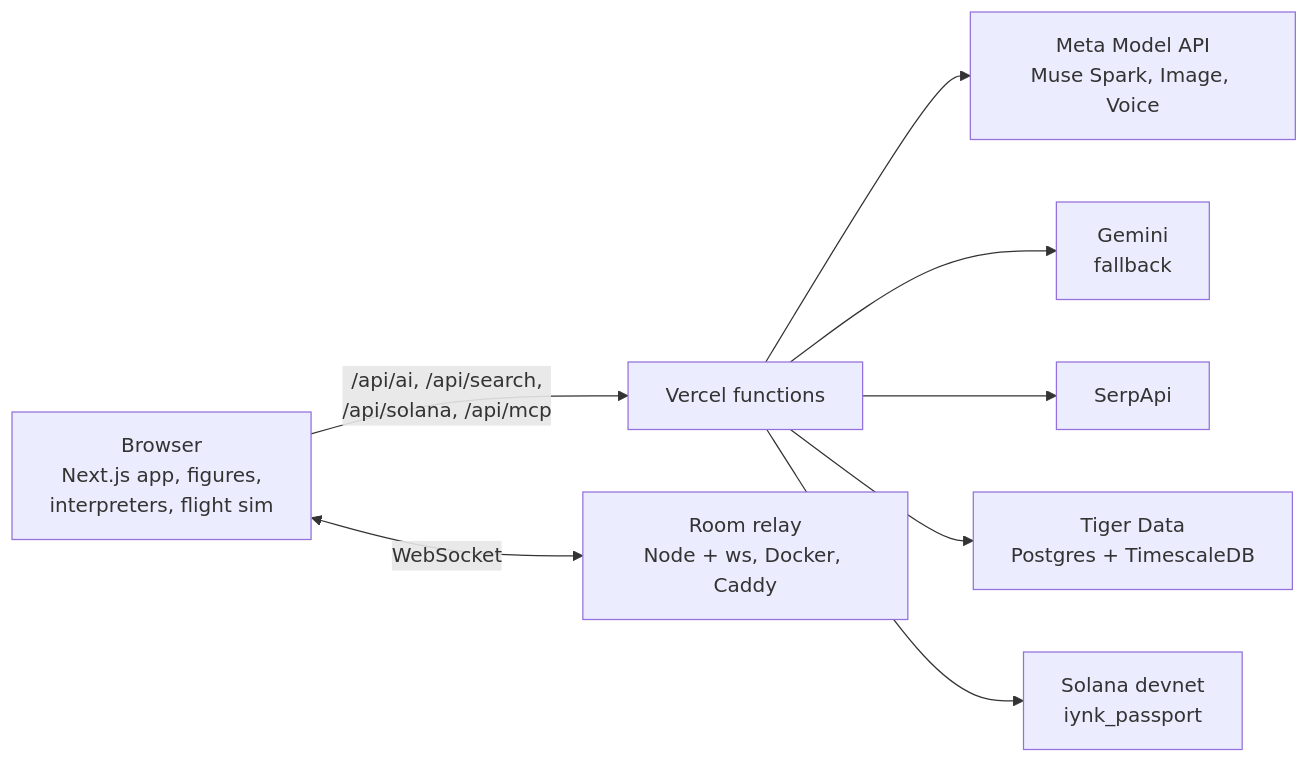
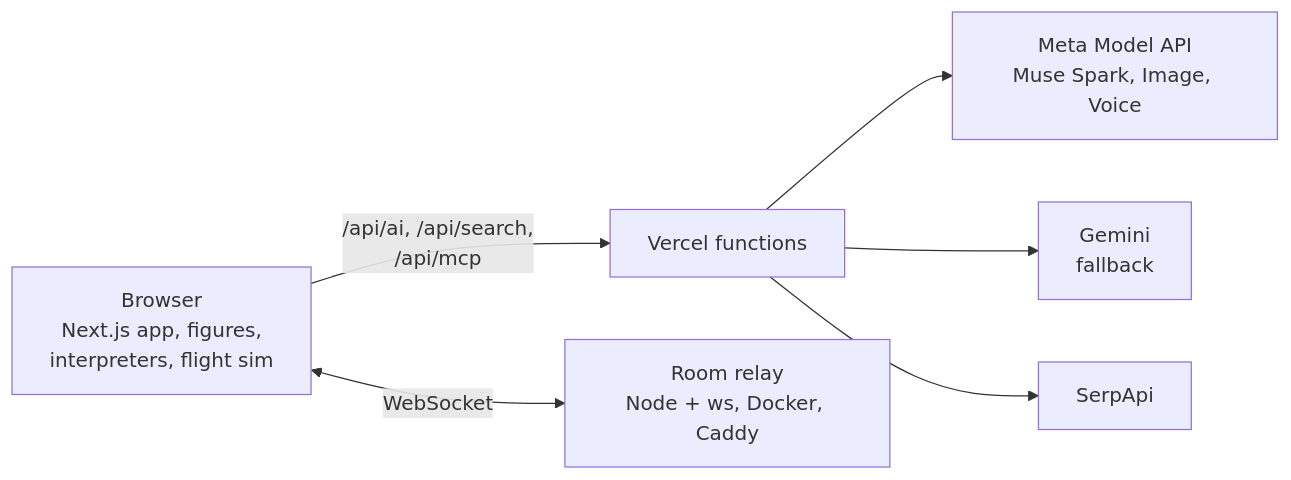
Before and after one commit to kushwahaamar-dev/iynk: the diagram in README.md, drawn with Mermaid. The commit also changed other lines of this file, not shown here.

````diff
--- a/README.md
+++ b/README.md
@@ -74,10 +68,8 @@
 ```mermaid
 flowchart LR
-  B["Browser<br/>Next.js app, figures,<br/>interpreters, flight sim"] -->|"/api/ai, /api/search,<br/>/api/solana, /api/mcp"| V["Vercel functions"]
+  B["Browser<br/>Next.js app, figures,<br/>interpreters, flight sim"] -->|"/api/ai, /api/search,<br/>/api/mcp"| V["Vercel functions"]
   B <-->|WebSocket| R["Room relay<br/>Node + ws, Docker, Caddy"]
   V --> M["Meta Model API<br/>Muse Spark, Image, Voice"]
   V --> G["Gemini<br/>fallback"]
   V --> S["SerpApi"]
-  V --> T["Tiger Data<br/>Postgres + TimescaleDB"]
-  V --> SOL["Solana devnet<br/>iynk_passport"]
 ```
````
